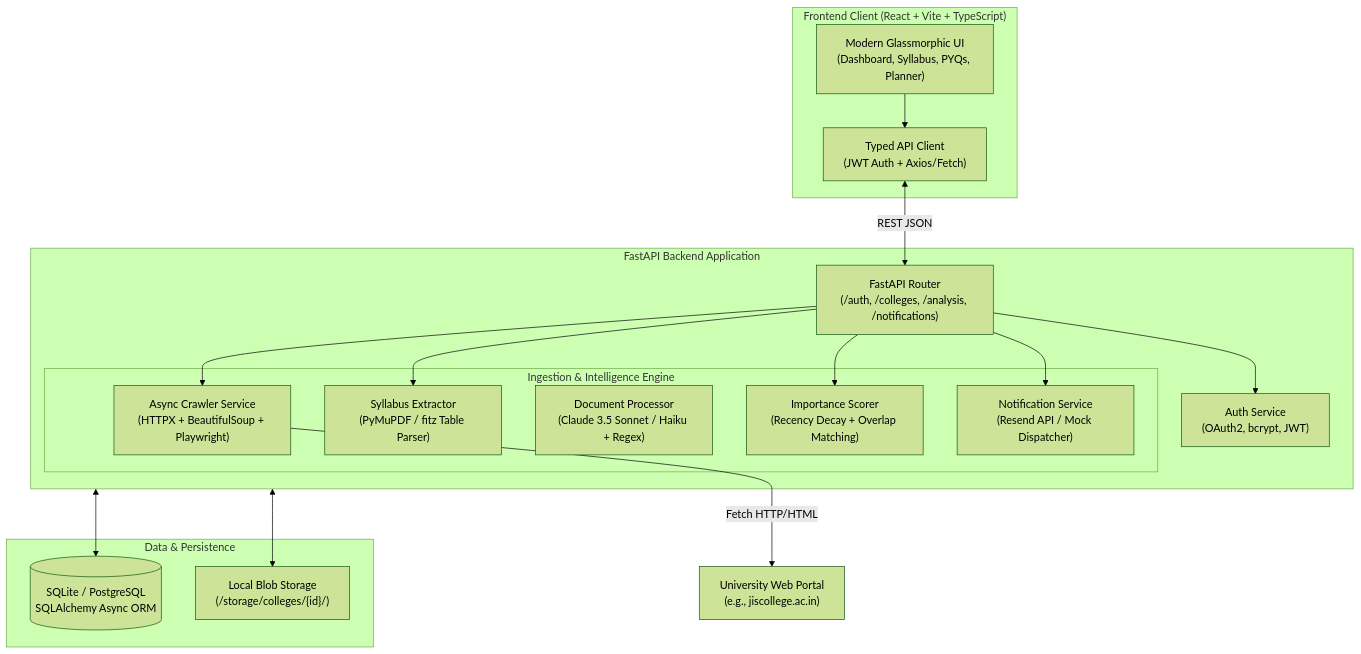
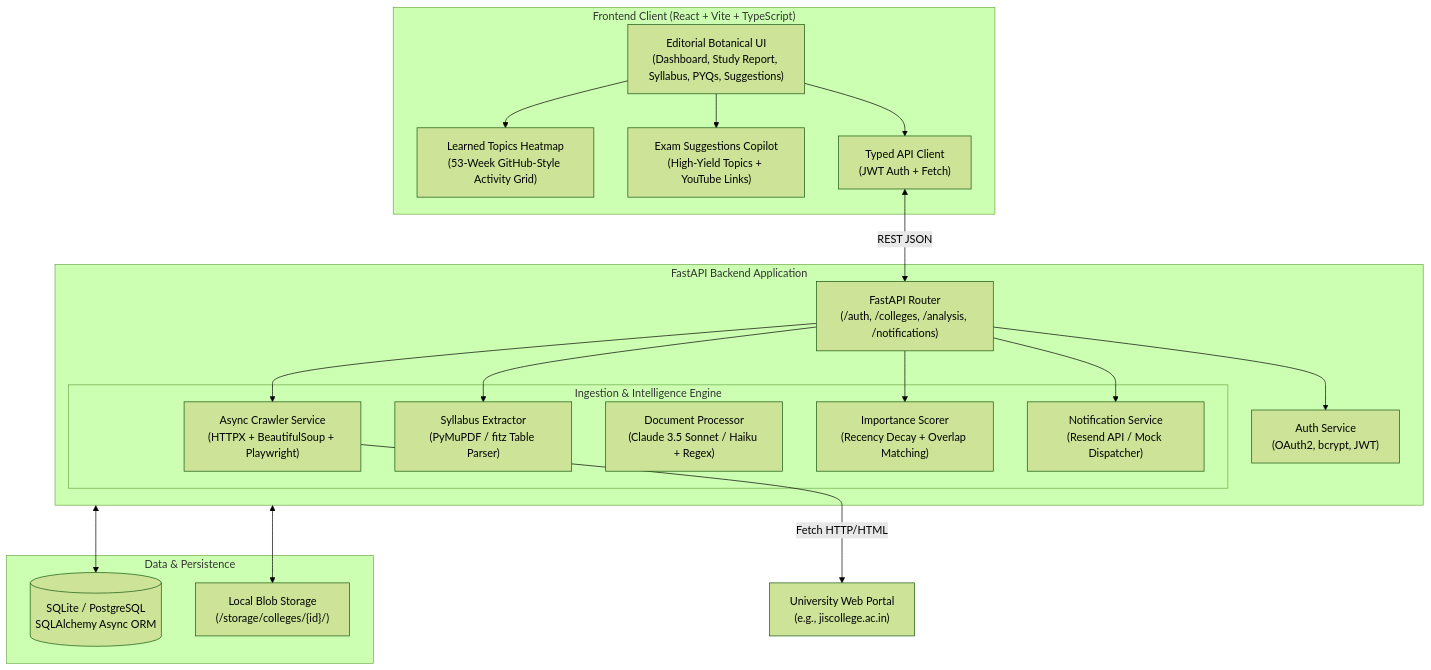
Before and after one commit to akash-das-37/ExamBuddy: the diagram in README.md, drawn with Mermaid (forest theme). The commit also changed other lines of this file and 5 other files, not shown here.

Commit message:
feat: add Learned Topics heatmap in Study Report, update Start Learning navigation, and refresh README

````diff
--- a/README.md
+++ b/README.md
@@ -75,37 +111,41 @@
 ```mermaid
 flowchart TB
     subgraph Client["Frontend Client (React + Vite + TypeScript)"]
-        UI["Modern Glassmorphic UI\n(Dashboard, Syllabus, PYQs, Planner)"]
-        ClientAPI["Typed API Client\n(JWT Auth + Axios/Fetch)"]
+        UI["Editorial Botanical UI\n(Dashboard, Study Report, Syllabus, PYQs, Suggestions)"]
+        Heatmap["Learned Topics Heatmap\n(53-Week GitHub-Style Activity Grid)"]
+        Suggestions["Exam Suggestions Copilot\n(High-Yield Topics + YouTube Links)"]
+        ClientAPI["Typed API Client\n(JWT Auth + Fetch)"]
+        UI --> Heatmap
+        UI --> Suggestions
         UI --> ClientAPI
     end
 
     subgraph Backend["FastAPI Backend Application"]
         Router["FastAPI Router\n(/auth, /colleges, /analysis, /notifications)"]
         AuthSvc["Auth Service\n(OAuth2, bcrypt, JWT)"]
         
         subgraph Pipeline["Ingestion & Intelligence Engine"]
             Crawler["Async Crawler Service\n(HTTPX + BeautifulSoup + Playwright)"]
             PdfExtractor["Syllabus Extractor\n(PyMuPDF / fitz Table Parser)"]
             DocProc["Document Processor\n(Claude 3.5 Sonnet / Haiku + Regex)"]
             Scorer["Importance Scorer\n(Recency Decay + Overlap Matching)"]
             Notifier["Notification Service\n(Resend API / Mock Dispatcher)"]
         end
 
         Router --> AuthSvc
         Router --> Crawler
         Router --> PdfExtractor
         Router --> Scorer
         Router --> Notifier
     end
 
     subgraph StorageLayer["Data & Persistence"]
         DB[(SQLite / PostgreSQL\nSQLAlchemy Async ORM)]
         Filesystem["Local Blob Storage\n(/storage/colleges/{id}/)"]
     end
 
     ClientAPI <-->|REST JSON| Router
     Backend <--> DB
     Backend <--> Filesystem
     Crawler -->|Fetch HTTP/HTML| UniPortal["University Web Portal\n(e.g., jiscollege.ac.in)"]
 ```
````
